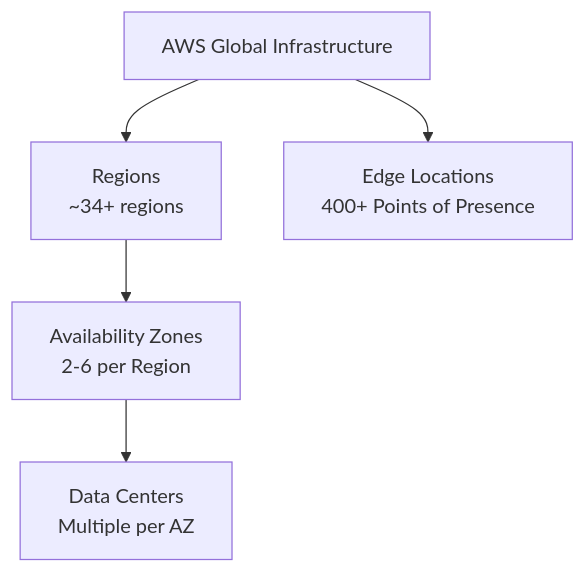
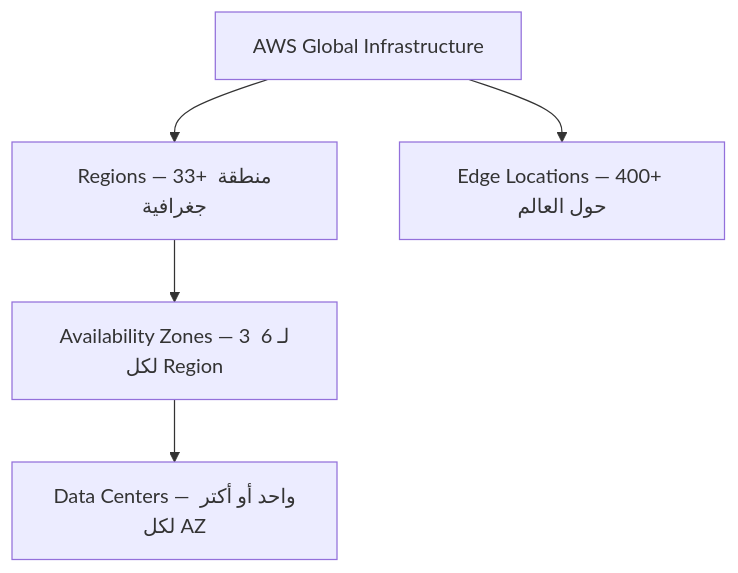
Before and after one commit to muhammad-khaled-tech/My-Study-Notes: the diagram in Aws practitioner/new/domain1_part1_cloud_fundamentals.md, drawn with Mermaid. The commit also changed other lines of this file and 5 other files, not shown here.

````diff
--- a/Aws practitioner/new/domain1_part1_cloud_fundamentals.md
+++ b/Aws practitioner/new/domain1_part1_cloud_fundamentals.md
@@ -422,7 +120,7 @@
 ```mermaid
 graph TD
-A["AWS Global Infrastructure"] --> B["Regions<br/>~34+ regions"]
-B --> C["Availability Zones<br/>2-6 per Region"]
-C --> D["Data Centers<br/>Multiple per AZ"]
-A --> E["Edge Locations<br/>400+ Points of Presence"]
+A["AWS Global Infrastructure"] --> B["Regions — 33+ منطقة جغرافية"]
+B --> C["Availability Zones — 3 لـ 6 لكل Region"]
+C --> D["Data Centers — واحد أو أكتر لكل AZ"]
+A --> E["Edge Locations — 400+ حول العالم"]
 ```
````
